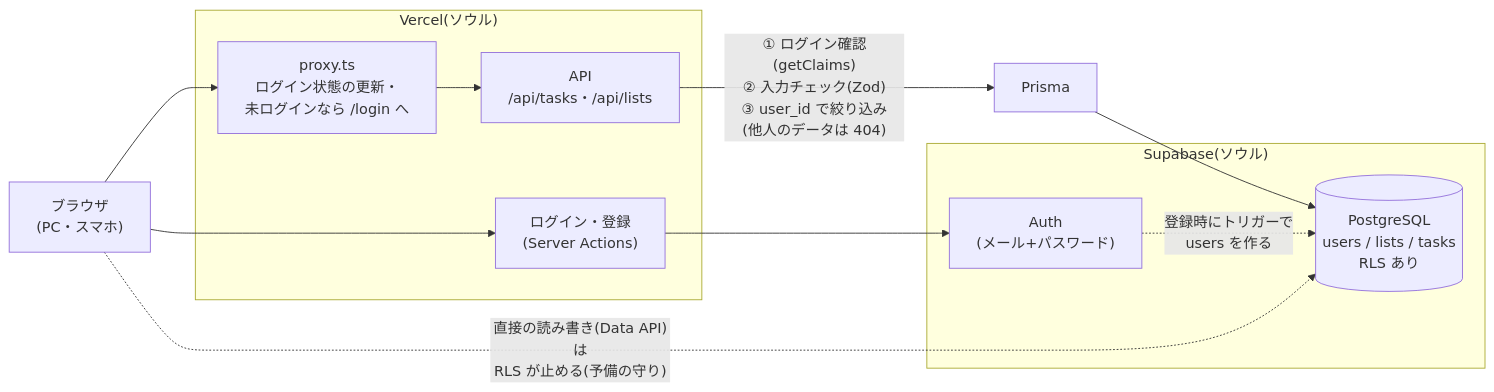
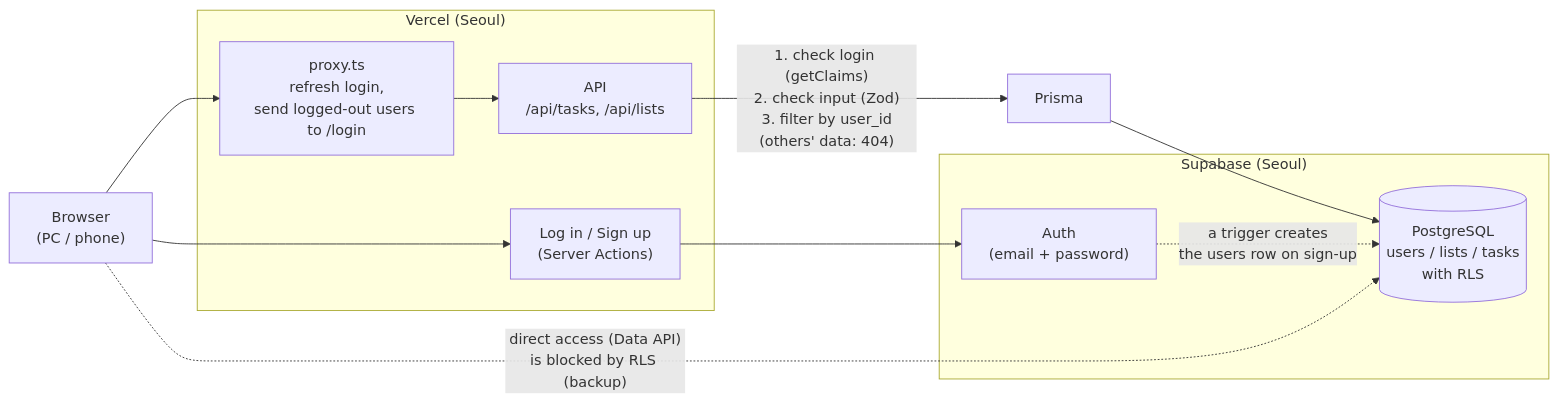
Before and after one commit to Erika-san/todo-app: the diagram in README.md, drawn with Mermaid. The commit also changed other lines of this file and 1 other file, not shown here.

````diff
--- a/README.md
+++ b/README.md
@@ -103,19 +68,19 @@
 ```mermaid
 flowchart LR
-  B["ブラウザ<br/>(PC・スマホ)"]
-  subgraph V["Vercel(ソウル)"]
-    P["proxy.ts<br/>ログイン状態の更新・<br/>未ログインなら /login へ"]
-    A["API<br/>/api/tasks・/api/lists"]
-    S["ログイン・登録<br/>(Server Actions)"]
+  B["Browser<br/>(PC / phone)"]
+  subgraph V["Vercel (Seoul)"]
+    P["proxy.ts<br/>refresh login,<br/>send logged-out users to /login"]
+    A["API<br/>/api/tasks, /api/lists"]
+    S["Log in / Sign up<br/>(Server Actions)"]
   end
-  subgraph SB["Supabase(ソウル)"]
-    AU["Auth<br/>(メール+パスワード)"]
-    DB[("PostgreSQL<br/>users / lists / tasks<br/>RLS あり")]
+  subgraph SB["Supabase (Seoul)"]
+    AU["Auth<br/>(email + password)"]
+    DB[("PostgreSQL<br/>users / lists / tasks<br/>with RLS")]
   end
   B --> P --> A
   B --> S --> AU
-  A -- "① ログイン確認(getClaims)<br/>② 入力チェック(Zod)<br/>③ user_id で絞り込み<br/>(他人のデータは 404)" --> PR["Prisma"]
+  A -- "1. check login (getClaims)<br/>2. check input (Zod)<br/>3. filter by user_id<br/>(others' data: 404)" --> PR["Prisma"]
   PR --> DB
-  AU -. "登録時にトリガーで<br/>users を作る" .-> DB
-  B -. "直接の読み書き(Data API)は<br/>RLS が止める(予備の守り)" .-> DB
+  AU -. "a trigger creates<br/>the users row on sign-up" .-> DB
+  B -. "direct access (Data API)<br/>is blocked by RLS (backup)" .-> DB
 ```
````
